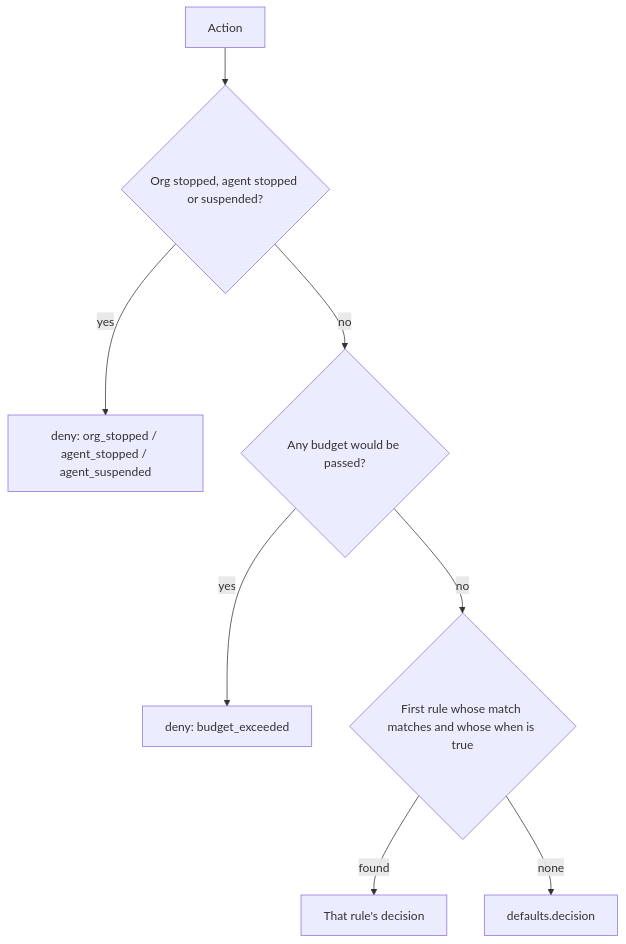
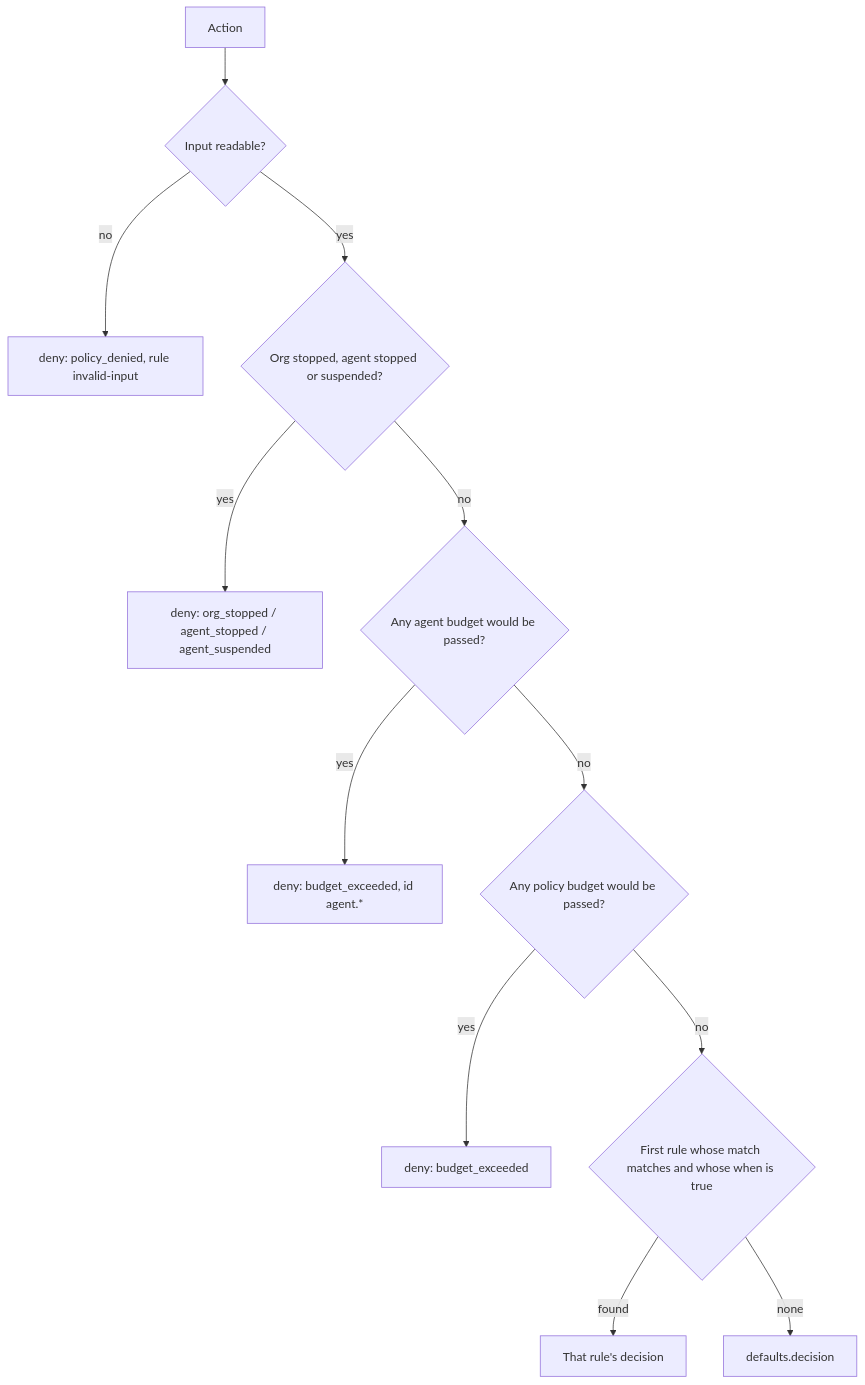
One commit to deedglass/deedglass changed the diagram in docs/POLICY_LANGUAGE.md. Above: the diagram before and after it, drawn with Mermaid. The commit also changed other lines of this file and 70 other files, not shown here.

````diff
--- a/docs/POLICY_LANGUAGE.md
+++ b/docs/POLICY_LANGUAGE.md
@@ -220,10 +220,14 @@
 ```mermaid
 flowchart TD
-  A[Action] --> S{Org stopped, agent stopped or suspended?}
+  A[Action] --> P{Input readable?}
+  P -- no --> D0[deny: policy_denied, rule invalid-input]
+  P -- yes --> S{Org stopped, agent stopped or suspended?}
   S -- yes --> D1[deny: org_stopped / agent_stopped / agent_suspended]
-  S -- no --> B{Any budget would be passed?}
-  B -- yes --> D2[deny: budget_exceeded]
+  S -- no --> AB{Any agent budget would be passed?}
+  AB -- yes --> D2[deny: budget_exceeded, id agent.*]
+  AB -- no --> B{Any policy budget would be passed?}
+  B -- yes --> D3[deny: budget_exceeded]
   B -- no --> R{First rule whose match matches and whose when is true}
   R -- found --> O[That rule's decision]
   R -- none --> DF[defaults.decision]
 ```
````
